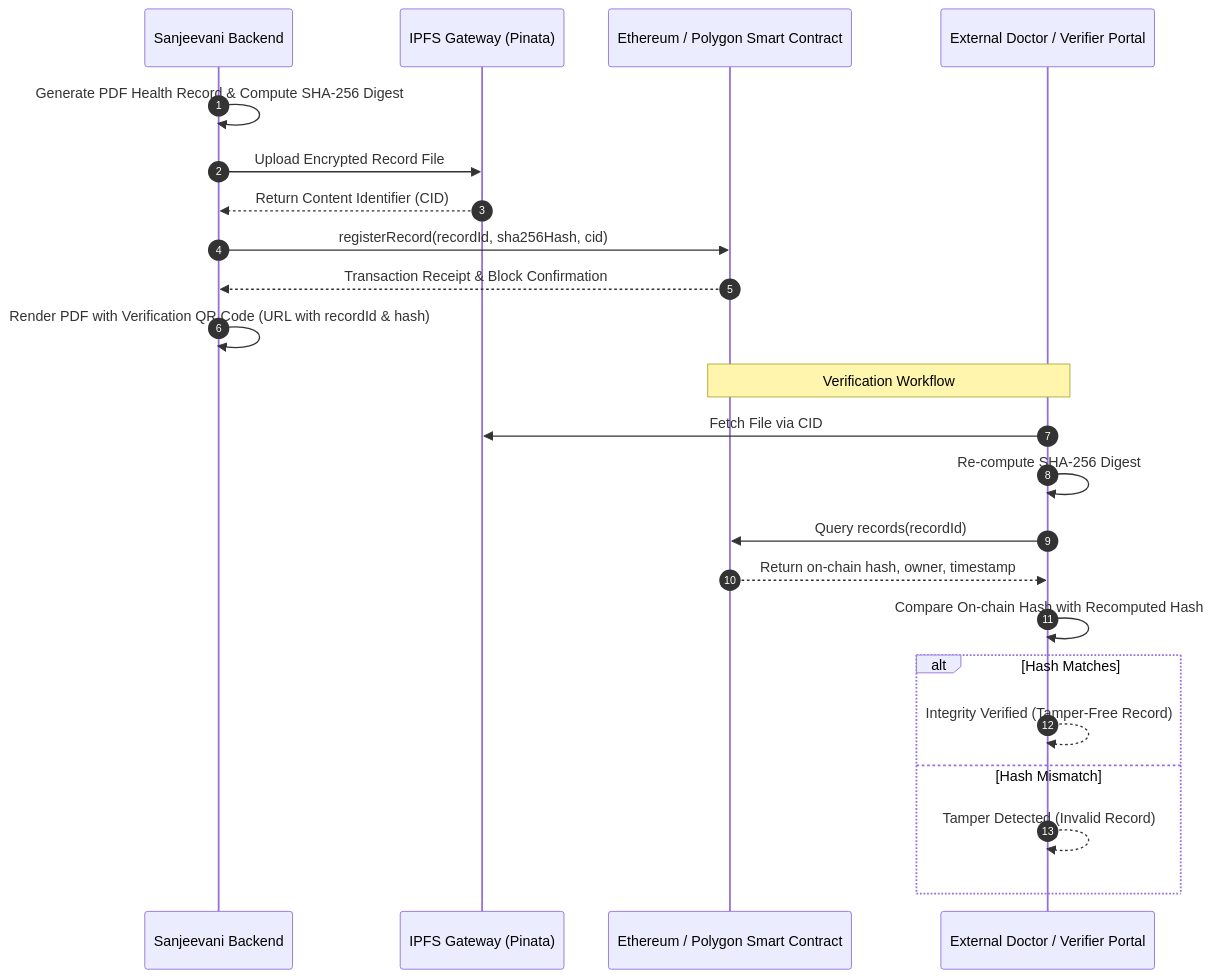
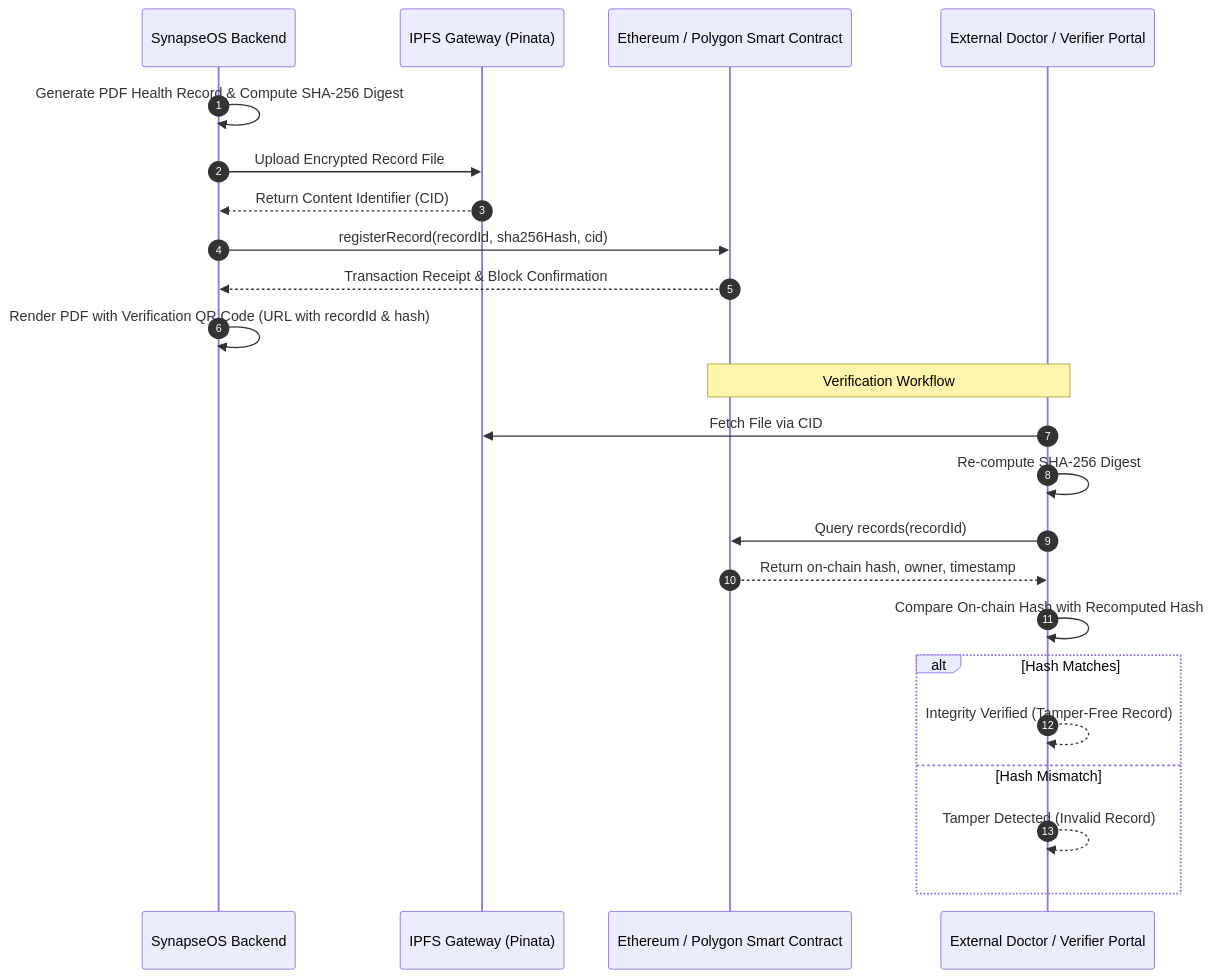
One commit to livingmangal/Synapse-OS changed the fifth of 5 diagrams in README.md. Above: the diagram before and after it, drawn with Mermaid. The commit also changed other lines of this file and 109 other files, not shown here.

````diff
--- a/README.md
+++ b/README.md
@@ -246,27 +246,27 @@
 ```mermaid
 sequenceDiagram
     autonumber
-    participant App as Sanjeevani Backend
+    participant App as SynapseOS Backend
     participant IPFS as IPFS Gateway (Pinata)
     participant EVM as Ethereum / Polygon Smart Contract
     participant Verifier as External Doctor / Verifier Portal
 
     App->>App: Generate PDF Health Record & Compute SHA-256 Digest
     App->>IPFS: Upload Encrypted Record File
     IPFS-->>App: Return Content Identifier (CID)
     App->>EVM: registerRecord(recordId, sha256Hash, cid)
     EVM-->>App: Transaction Receipt & Block Confirmation
     App->>App: Render PDF with Verification QR Code (URL with recordId & hash)
     
     Note over Verifier,EVM: Verification Workflow
     Verifier->>IPFS: Fetch File via CID
     Verifier->>Verifier: Re-compute SHA-256 Digest
     Verifier->>EVM: Query records(recordId)
     EVM-->>Verifier: Return on-chain hash, owner, timestamp
     Verifier->>Verifier: Compare On-chain Hash with Recomputed Hash
     alt Hash Matches
         Verifier-->>Verifier: Integrity Verified (Tamper-Free Record)
     else Hash Mismatch
         Verifier-->>Verifier: Tamper Detected (Invalid Record)
     end
 ```
````
